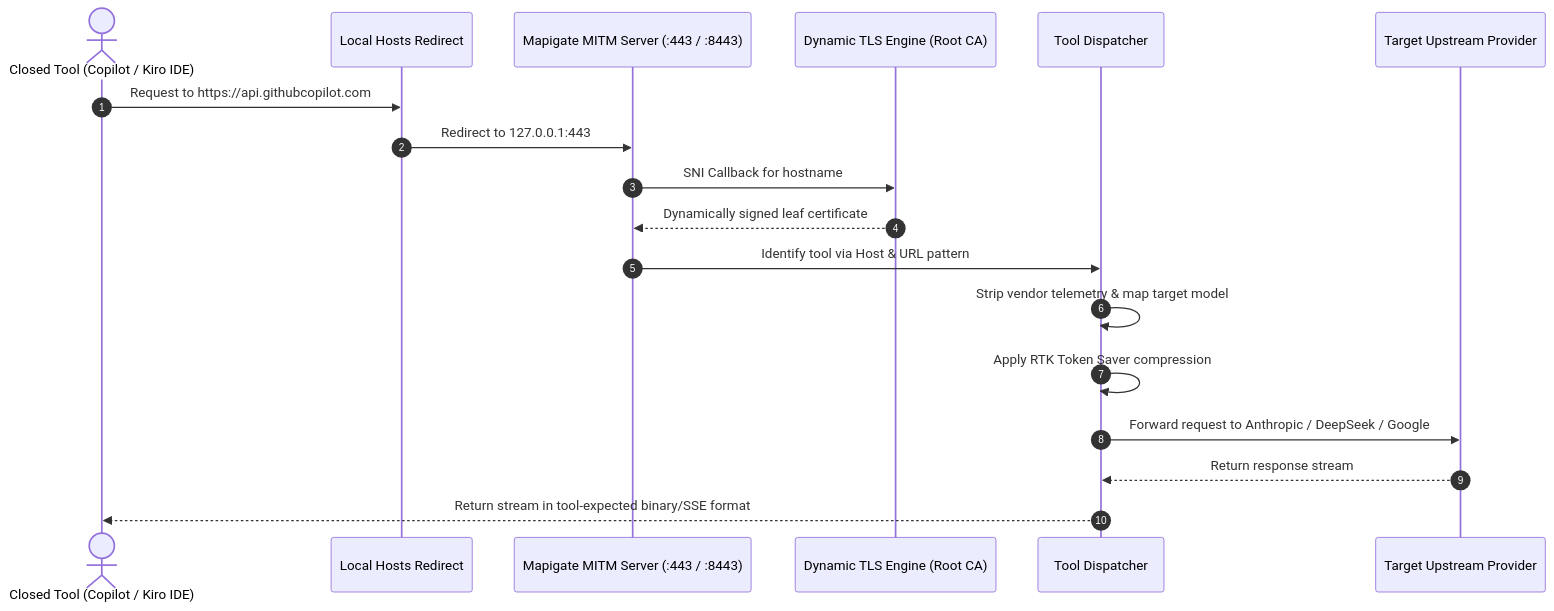
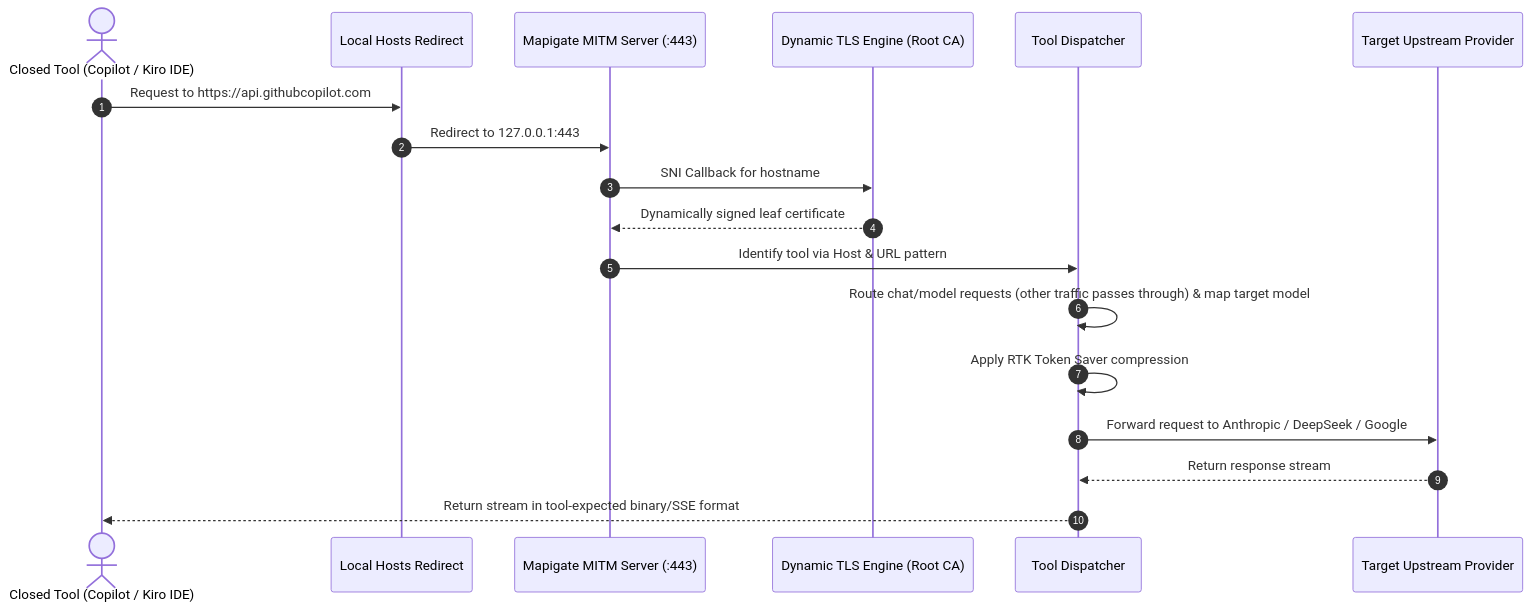
The fourth of 4 diagrams in README.md (joutvhu/mapigate), drawn with Mermaid before and after one commit. The commit also changed other lines of this file and 5 other files, not shown here.

First line of the commit message:
docs: document gateway API endpoints, provider tiers, and architecture

````diff
--- a/README.md
+++ b/README.md
@@ -316,21 +373,21 @@
 ```mermaid
 sequenceDiagram
     autonumber
     actor Tool as Closed Tool (Copilot / Kiro IDE)
     participant DNS as Local Hosts Redirect
-    participant MITM as Mapigate MITM Server (:443 / :8443)
+    participant MITM as Mapigate MITM Server (:443)
     participant TLS as Dynamic TLS Engine (Root CA)
     participant Handler as Tool Dispatcher
     participant Upstream as Target Upstream Provider
 
     Tool->>DNS: Request to https://api.githubcopilot.com
     DNS->>MITM: Redirect to 127.0.0.1:443
     MITM->>TLS: SNI Callback for hostname
     TLS-->>MITM: Dynamically signed leaf certificate
     MITM->>Handler: Identify tool via Host & URL pattern
-    Handler->>Handler: Strip vendor telemetry & map target model
+    Handler->>Handler: Route chat/model requests (other traffic passes through) & map target model
     Handler->>Handler: Apply RTK Token Saver compression
     Handler->>Upstream: Forward request to Anthropic / DeepSeek / Google
     Upstream-->>Handler: Return response stream
     Handler-->>Tool: Return stream in tool-expected binary/SSE format
 ```
````
